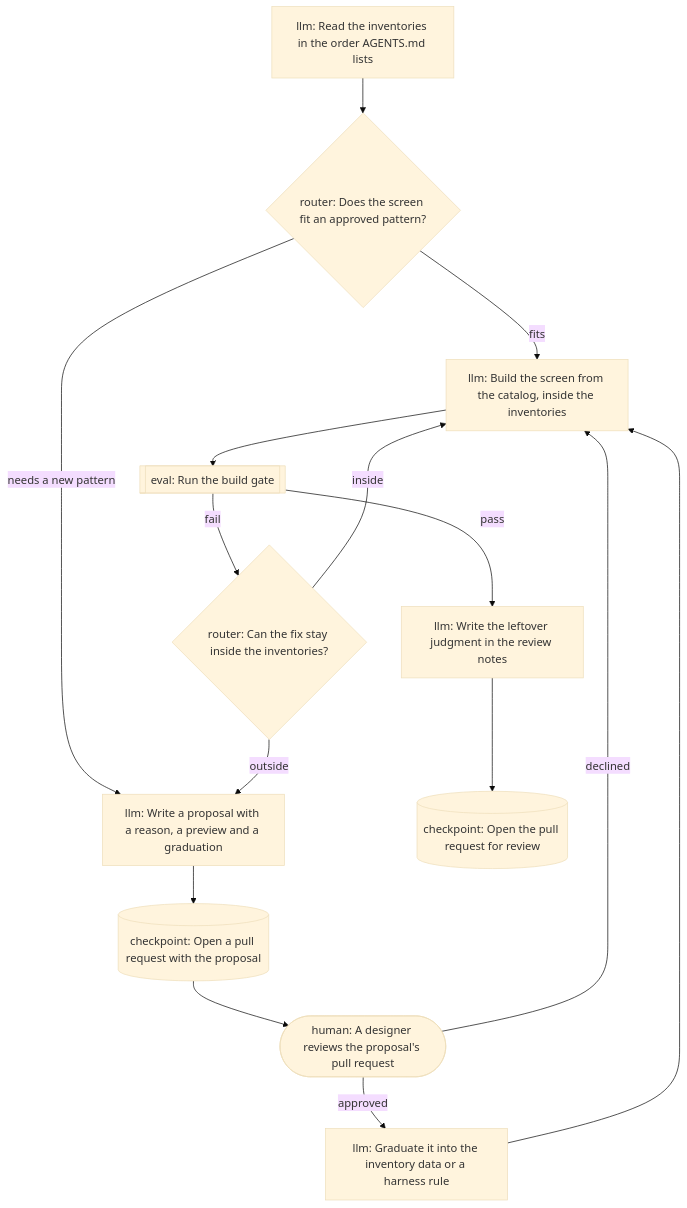
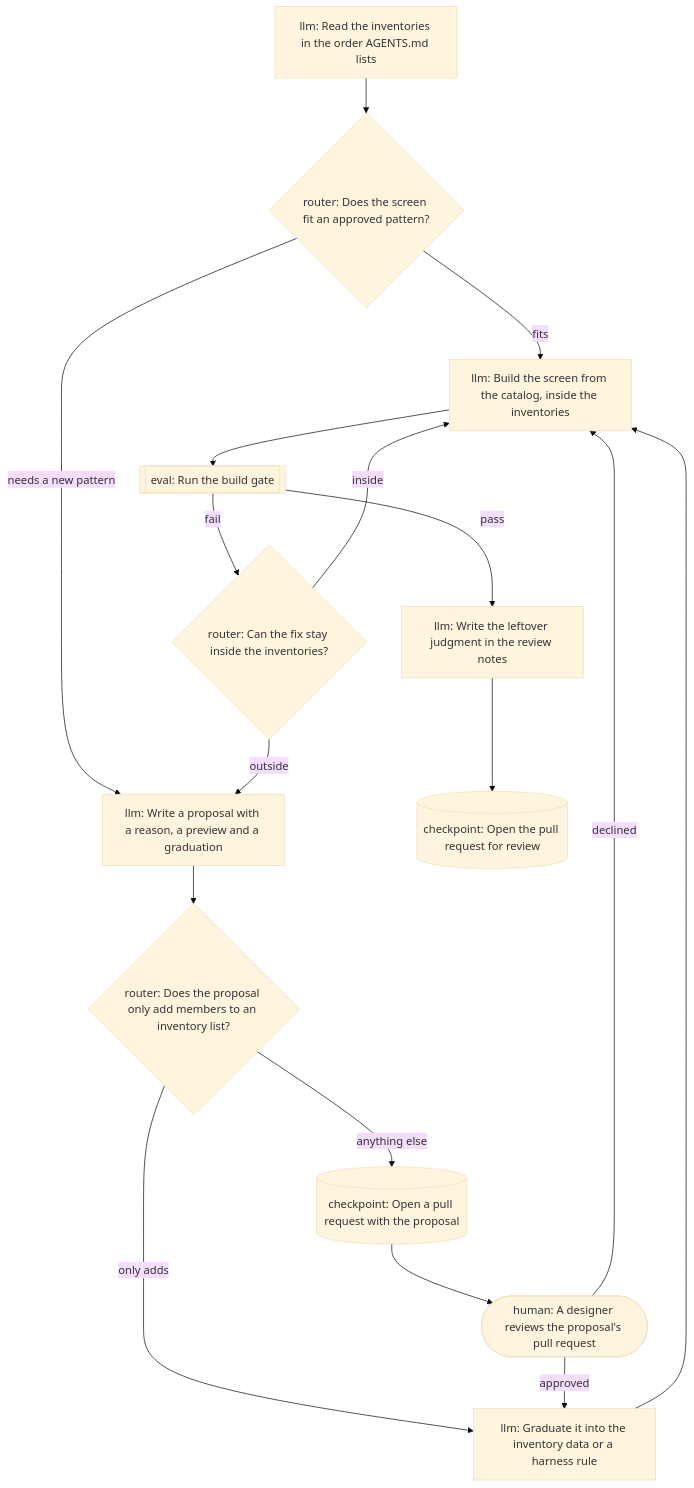
Before and after one commit to tounsoo/agent-design-loop: the third of 7 diagrams in packages/harness/docs/how-it-works.md, drawn with Mermaid (base theme). The commit also changed other lines of this file and 31 other files, not shown here.

First line of the commit message:
Let an inventory addition graduate its proposal in one pull request (#28)

````diff
--- a/packages/harness/docs/how-it-works.md
+++ b/packages/harness/docs/how-it-works.md
@@ -94,28 +94,31 @@
 ```mermaid
 flowchart TB
   n_read["llm: Read the inventories in the order AGENTS.md lists"]
   n_route{"router: Does the screen fit an approved pattern?"}
   n_build["llm: Build the screen from the catalog, inside the inventories"]
   n_checks[["eval: Run the build gate"]]
   n_triage{"router: Can the fix stay inside the inventories?"}
   n_propose["llm: Write a proposal with a reason, a preview and a graduation"]
+  n_scope{"router: Does the proposal only add members to an inventory list?"}
   n_proposal_pull_request[("checkpoint: Open a pull request with the proposal")]
   n_approval(["human: A designer reviews the proposal's pull request"])
   n_graduate["llm: Graduate it into the inventory data or a harness rule"]
   n_note["llm: Write the leftover judgment in the review notes"]
   n_pull_request[("checkpoint: Open the pull request for review")]
   n_read --> n_route
   n_route -->|fits| n_build
   n_route -->|needs a new pattern| n_propose
   n_build --> n_checks
   n_checks -->|pass| n_note
   n_checks -->|fail| n_triage
   n_triage -->|inside| n_build
   n_triage -->|outside| n_propose
-  n_propose --> n_proposal_pull_request
+  n_propose --> n_scope
+  n_scope -->|only adds| n_graduate
+  n_scope -->|anything else| n_proposal_pull_request
   n_proposal_pull_request --> n_approval
   n_approval -->|approved| n_graduate
   n_approval -->|declined| n_build
   n_graduate --> n_build
   n_note --> n_pull_request
 ```
````
